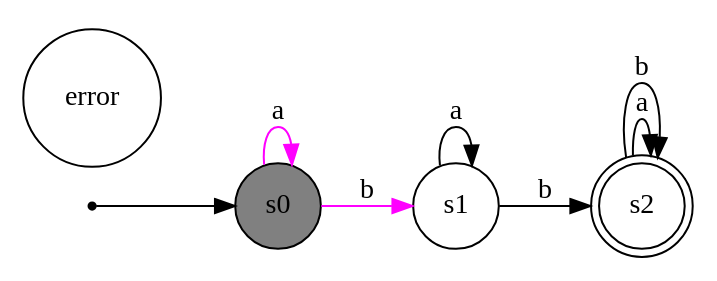
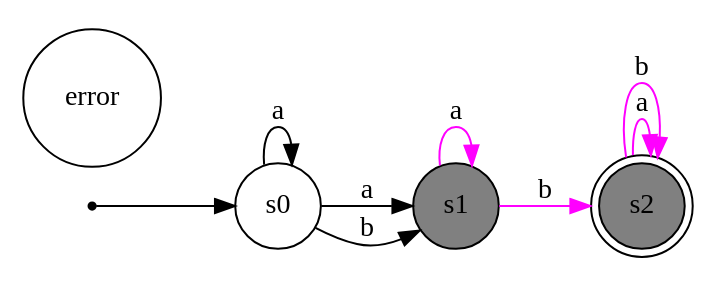
The diagram in dotfiles/arq_2.dot (lukaz-r/AFD-animator), drawn with Graphviz before and after one commit. The commit also changed 19 other files, not shown here.

```diff
--- a/dotfiles/arq_2.dot
+++ b/dotfiles/arq_2.dot
@@ -1,19 +1,21 @@
 digraph maquina_de_estados { 
 	rankdir=LR;
 	size="10"
 	node [shape = doublecircle];
 	s2
 	node [shape = point];
 	p
 	node [shape = circle];
 	error [style=filled, fillcolor=white];
 	p -> s0
 	node [shape = circle];
-	s0[style=filled, fillcolor=gray]
-	s0 -> s0[label = "a"][color=magenta];
-	s0 -> s1[label = "b"][color=magenta];
-	s1 -> s1[label = "a"][color=black];
-	s1 -> s2[label = "b"][color=black];
-	s2 -> s2[label = "a"][color=black];
-	s2 -> s2[label = "b"][color=black];
+	s2[style=filled, fillcolor=gray]
+	s1[style=filled, fillcolor=gray]
+	s0 -> s0[label = "a"][color=black];
+	s0 -> s1[label = "a"][color=black];
+	s0 -> s1[label = "b"][color=black];
+	s1 -> s1[label = "a"][color=magenta];
+	s1 -> s2[label = "b"][color=magenta];
+	s2 -> s2[label = "a"][color=magenta];
+	s2 -> s2[label = "b"][color=magenta];
 	}
```
